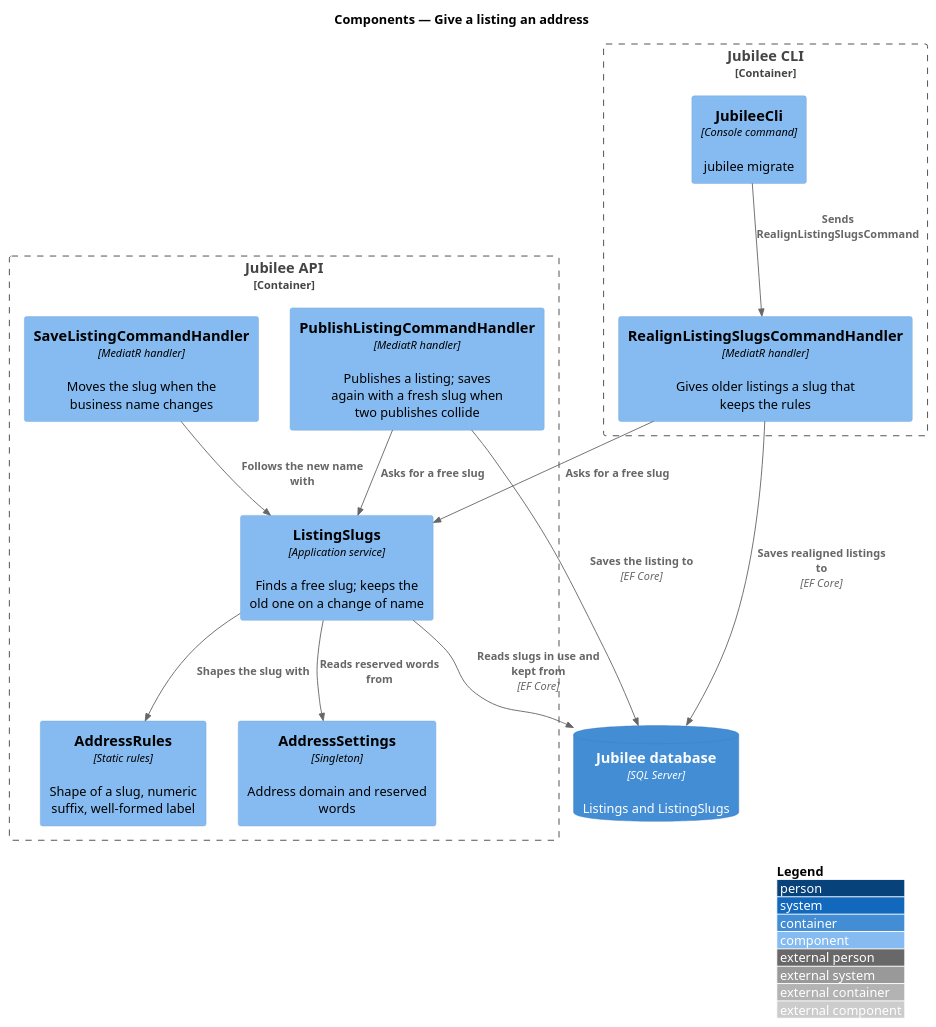
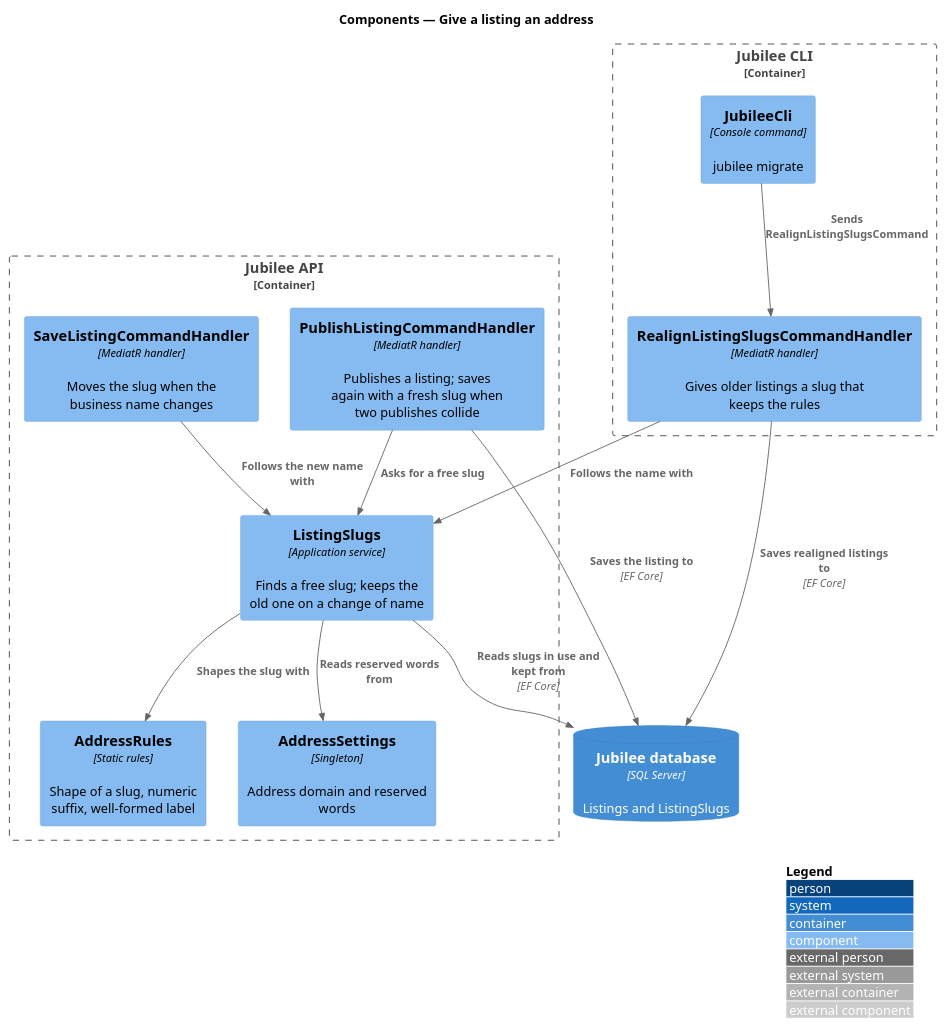
Before and after one commit to QuinntyneBrown/jubilee: the diagram in docs/detailed-designs/listings/give-listing-an-address/diagrams/c4-component.puml, drawn with PlantUML. The commit also changed 21 other files, not shown here.

```diff
--- a/docs/detailed-designs/listings/give-listing-an-address/diagrams/c4-component.puml
+++ b/docs/detailed-designs/listings/give-listing-an-address/diagrams/c4-component.puml
@@ -1,28 +1,28 @@
 @startuml
 !include <C4/C4_Component>
 LAYOUT_WITH_LEGEND()
 title Components — Give a listing an address
 
 Container_Boundary(api, "Jubilee API") {
   Component(submit, "PublishListingCommandHandler", "MediatR handler", "Publishes a listing; saves again with a fresh slug when two publishes collide")
   Component(save, "SaveListingCommandHandler", "MediatR handler", "Moves the slug when the business name changes")
   Component(slugs, "ListingSlugs", "Application service", "Finds a free slug; keeps the old one on a change of name")
   Component(rules, "AddressRules", "Static rules", "Shape of a slug, numeric suffix, well-formed label")
   Component(settings, "AddressSettings", "Singleton", "Address domain and reserved words")
 }
 Container_Boundary(cli, "Jubilee CLI") {
   Component(migrate, "JubileeCli", "Console command", "jubilee migrate")
   Component(realign, "RealignListingSlugsCommandHandler", "MediatR handler", "Gives older listings a slug that keeps the rules")
 }
 ContainerDb(db, "Jubilee database", "SQL Server", "Listings and ListingSlugs")
 
 Rel(submit, slugs, "Asks for a free slug")
 Rel(save, slugs, "Follows the new name with")
 Rel(migrate, realign, "Sends RealignListingSlugsCommand")
-Rel(realign, slugs, "Asks for a free slug")
+Rel(realign, slugs, "Follows the name with")
 Rel(slugs, rules, "Shapes the slug with")
 Rel(slugs, settings, "Reads reserved words from")
 Rel(slugs, db, "Reads slugs in use and kept from", "EF Core")
 Rel(submit, db, "Saves the listing to", "EF Core")
 Rel(realign, db, "Saves realigned listings to", "EF Core")
 @enduml
```
